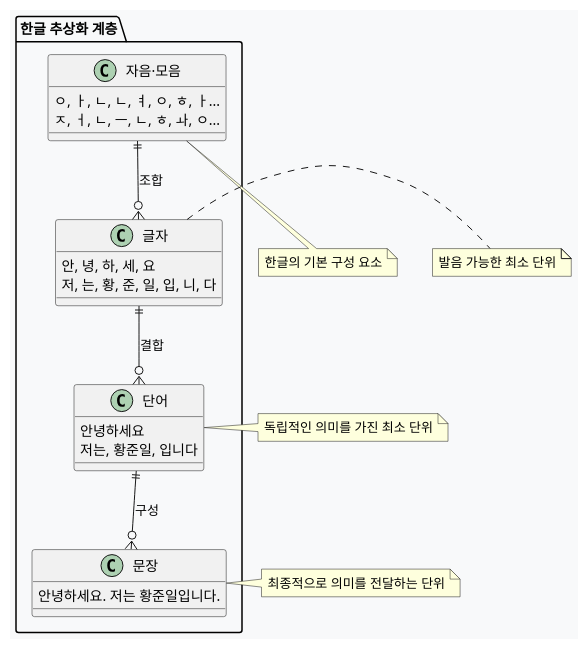
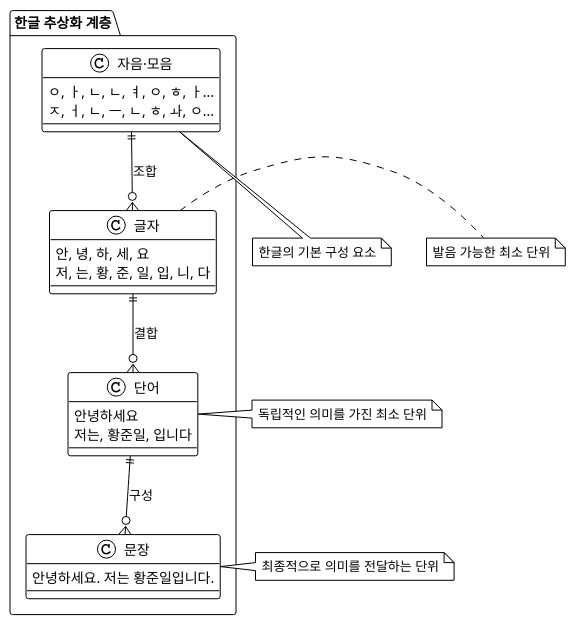
Before and after one commit to JunilHwang/TIL: the first of 4 diagrams in clean-code/조각모음/추상화를-정렬하기/README.md, drawn with PlantUML. The commit also changed other lines of this file, not shown here.

Commit message:
docs: 클린코드 조각모음 > 추상화를 정렬하기 완성 [deploy]

```diff
--- a/clean-code/조각모음/추상화를-정렬하기/README.md
+++ b/clean-code/조각모음/추상화를-정렬하기/README.md
@@ -29,36 +29,35 @@
 @startuml
-skinparam backgroundColor #f8f9fa
-skinparam defaultFontName "Malgun Gothic"
+!theme plain
 
 package "한글 추상화 계층" {
-
-class "자음·모음" as consonant_vowel {
-ㅇ, ㅏ, ㄴ, ㄴ, ㅕ, ㅇ, ㅎ, ㅏ...
-ㅈ, ㅓ, ㄴ, ㅡ, ㄴ, ㅎ, ㅘ, ㅇ...
-}
-
-class "글자" as character {
-안, 녕, 하, 세, 요
-저, 는, 황, 준, 일, 입, 니, 다
-}
-
-class "단어" as word {
-안녕하세요
-저는, 황준일, 입니다
-}
-
-class "문장" as sentence {
-안녕하세요. 저는 황준일입니다.
-}
-
-consonant_vowel ||--o{ character : "조합"
-character ||--o{ word : "결합"
-word ||--o{ sentence : "구성"
+   
+   class "자음·모음" as consonant_vowel {
+      ㅇ, ㅏ, ㄴ, ㄴ, ㅕ, ㅇ, ㅎ, ㅏ...
+      ㅈ, ㅓ, ㄴ, ㅡ, ㄴ, ㅎ, ㅘ, ㅇ...
+   }
+   
+   class "글자" as character {
+      안, 녕, 하, 세, 요
+      저, 는, 황, 준, 일, 입, 니, 다
+   }
+   
+   class "단어" as word {
+      안녕하세요
+      저는, 황준일, 입니다
+   }
+   
+   class "문장" as sentence {
+      안녕하세요. 저는 황준일입니다.
+   }
+   
+   consonant_vowel ||--o{ character : "조합"
+   character ||--o{ word : "결합"
+   word ||--o{ sentence : "구성"
 }
 
 note right of sentence : 최종적으로 의미를 전달하는 단위
 note right of word : 독립적인 의미를 가진 최소 단위
 note right of character : 발음 가능한 최소 단위
 note bottom of consonant_vowel : 한글의 기본 구성 요소
 
 @enduml
```
